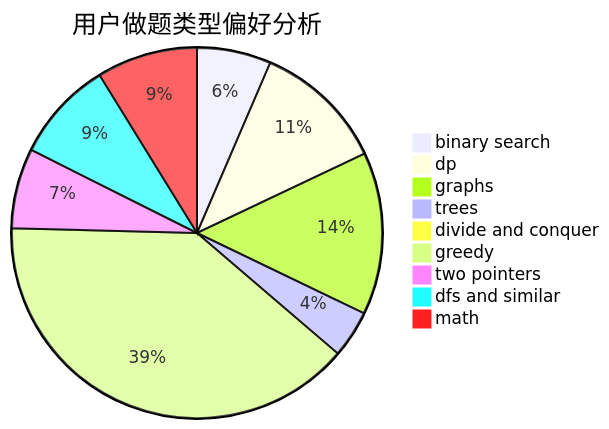
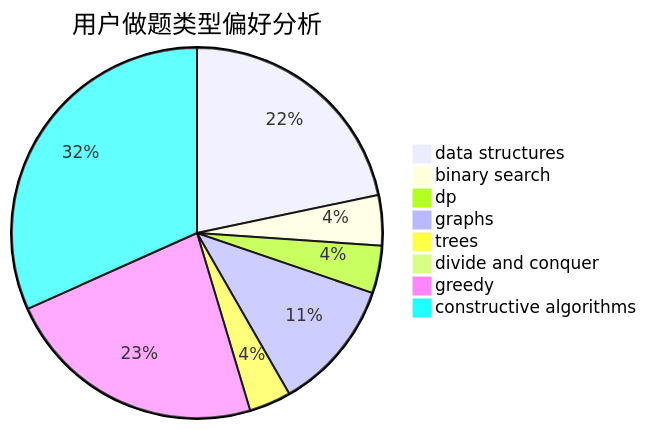
One commit to sherpahu/cfrs.github.io changed the second of 3 diagrams in docs/user/u2158.md. Above: the diagram before and after it, drawn with Mermaid. The commit also changed other lines of this file and 2775 other files, not shown here.

````diff
--- a/docs/user/u2158.md
+++ b/docs/user/u2158.md
@@ -23,12 +23,11 @@
 ```mermaid
 pie title 用户做题类型偏好分析
-    "binary search" :  36
-    "dp" :  64
-    "graphs" :  79
-    "trees" :  23
-    "divide and conquer" :  5
-    "greedy" :  218
-    "two pointers" :  39
-    "dfs and similar" :  49
-    "math" :  49
+    "data structures" :  89
+    "binary search" :  18
+    "dp" :  17
+    "graphs" :  47
+    "trees" :  15
+    "divide and conquer" :  0
+    "greedy" :  94
+    "constructive algorithms" :  130
 ```
````
